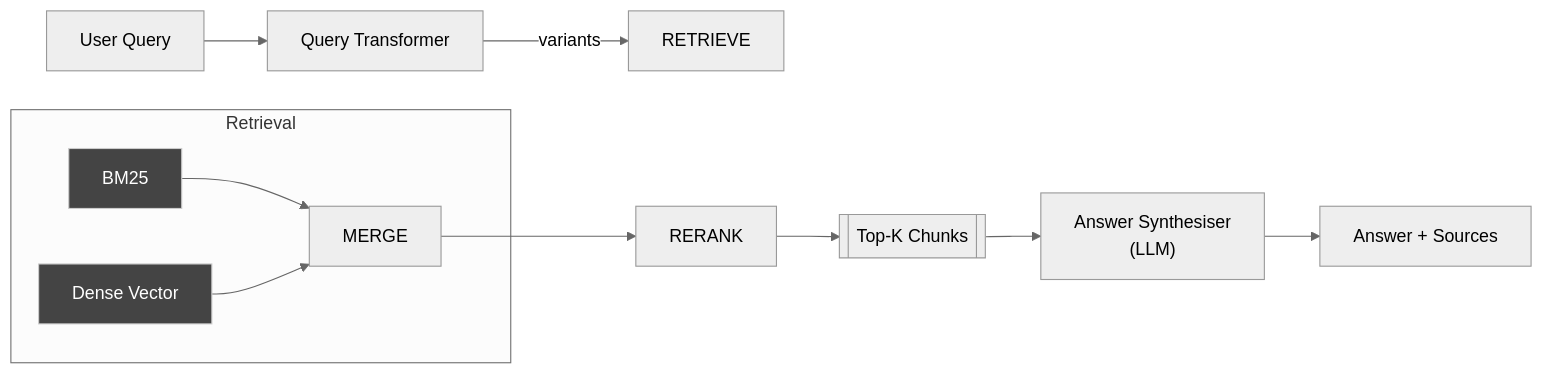
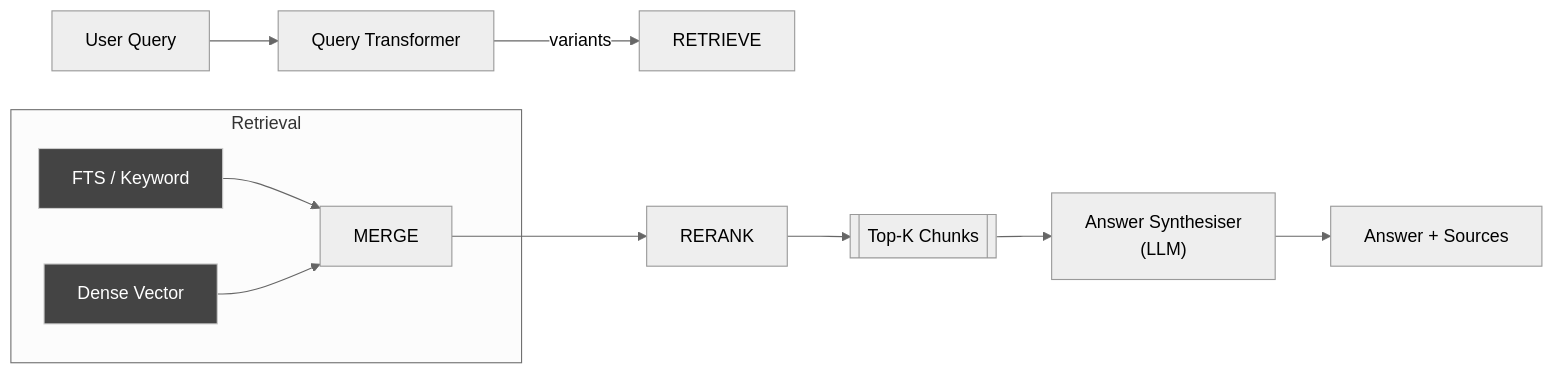
Before and after one commit to KhonMadina/AcademicRAG: the diagram in Documentation/retrieval_pipeline.md, drawn with Mermaid (neutral theme). The commit also changed other lines of this file and 14 other files, not shown here.

````diff
--- a/Documentation/retrieval_pipeline.md
+++ b/Documentation/retrieval_pipeline.md
@@ -18,15 +18,15 @@
 ```mermaid
 flowchart LR
     Q["User Query"] --> XT["Query Transformer"]
     XT -->|variants| RETRIEVE
     subgraph Retrieval
-        RET_BM25[BM25] --> MERGE
+        RET_BM25[FTS / Keyword] --> MERGE
         RET_DENSE[Dense Vector] --> MERGE
         style RET_BM25 fill:#444,stroke:#ccc,color:#fff
         style RET_DENSE fill:#444,stroke:#ccc,color:#fff
     end
     MERGE --> RERANK
     RERANK --> K[["Top-K Chunks"]]
     K --> SYNTH["Answer Synthesiser\n(LLM)"]
     SYNTH --> A["Answer + Sources"]
 ```
````
